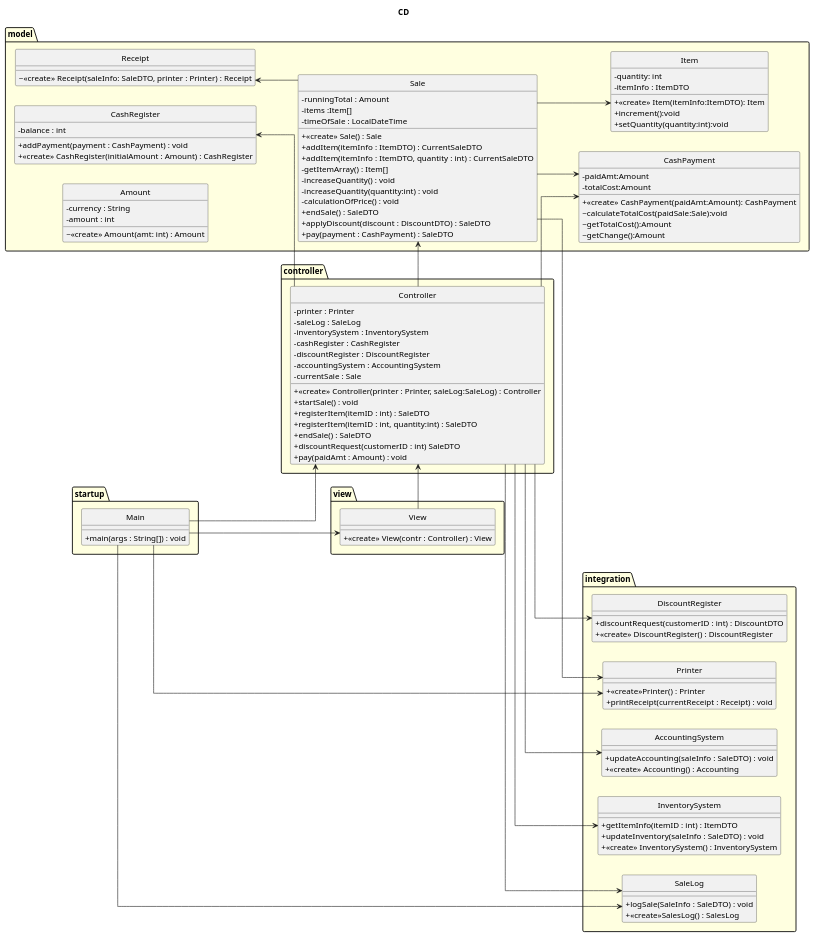
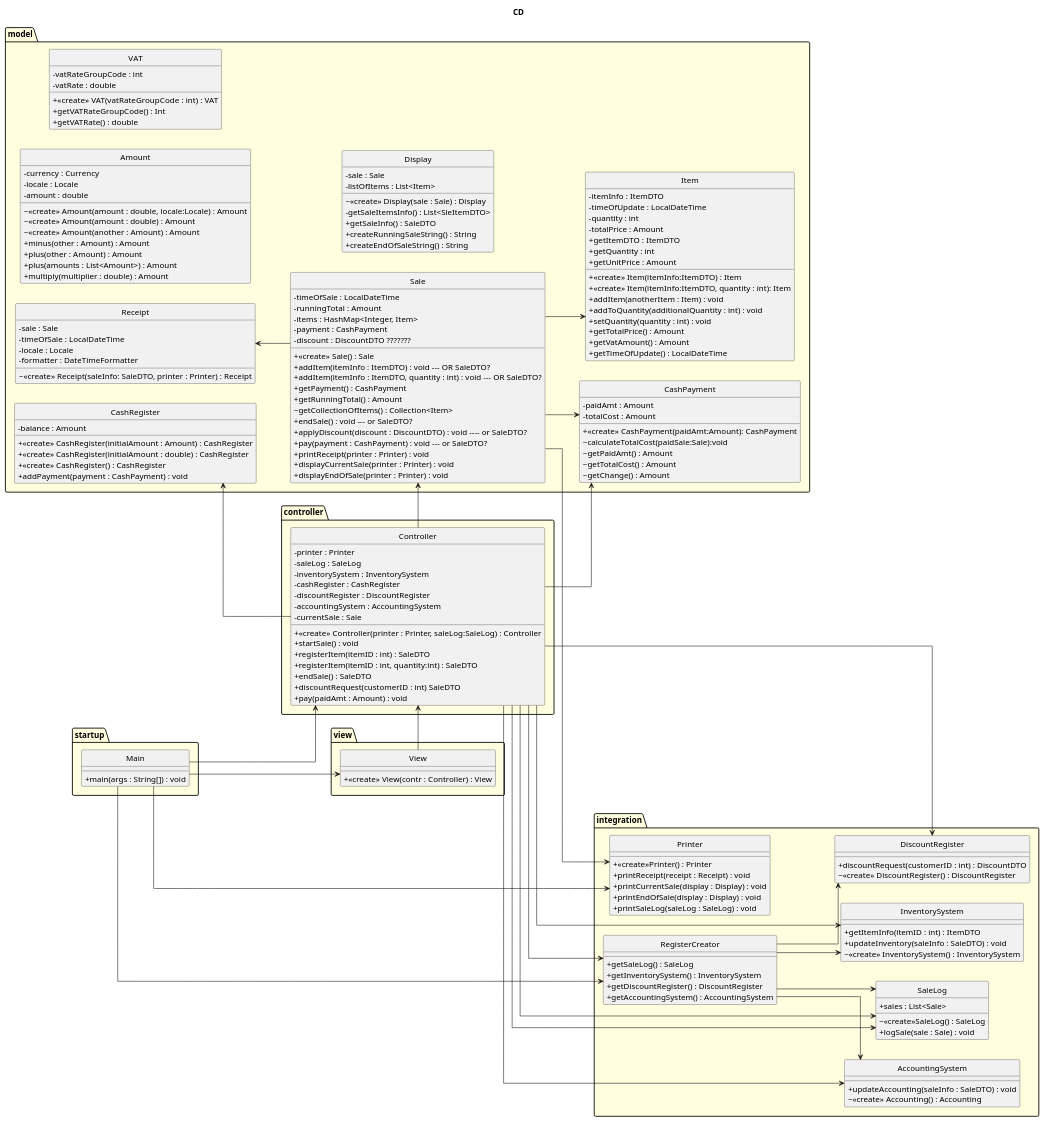
Before and after one commit to VincentFerrigan/kth-iv1350-object-oriented-design: the first of 8 diagrams in uml/uml_v3.puml, drawn with PlantUML.

Commit message:
Updated CD and DTO based on code.

```diff
--- a/uml/uml_v3.puml
+++ b/uml/uml_v3.puml
@@ -1,130 +1,193 @@
 @startuml
 'https://plantuml.com/class-diagram
 title CD
 hide circle
 skinparam linetype ortho
 skinparam package {
     BackgroundColor LightYellow
 }
 'top to bottom direction
 left to right direction
 skinparam ClassAttributeIconSize 0
 together {
 package startup {
     class Main{
         +main(args : String[]) : void
     }
 }
     package view {
     class View {
         + <<create>> View(contr : Controller) : View
     }
     }
     package controller {
         class Controller{
             - printer : Printer
             - saleLog : SaleLog
             - inventorySystem : InventorySystem
             - cashRegister : CashRegister
             - discountRegister : DiscountRegister
             - accountingSystem : AccountingSystem
             - currentSale : Sale
             +<<create>> Controller(printer : Printer, saleLog:SaleLog) : Controller
             +startSale() : void
             +registerItem(itemID : int) : SaleDTO
             +registerItem(itemID : int, quantity:int) : SaleDTO
             +endSale() : SaleDTO
             +discountRequest(customerID : int) SaleDTO
             +pay(paidAmt : Amount) : void
         }
     }
     package model {
         class Sale{
+            - timeOfSale : LocalDateTime
             - runningTotal : Amount
+            - items : HashMap<Integer, Item>
+            - payment : CashPayment
+            - discount : DiscountDTO ???????
 '            - itemName : String
 '            - quantity : int
-            - items :Item[]
-            - timeOfSale : LocalDateTime
             + <<create>> Sale() : Sale
-            + addItem(itemInfo : ItemDTO) : CurrentSaleDTO
-            + addItem(itemInfo : ItemDTO, quantity : int) : CurrentSaleDTO
-            - getItemArray() : Item[]
-            - increaseQuantity() : void
-            - increaseQuantity(quantity:int) : void
-'            - calculationOfPrice() : Amount
-            - calculationOfPrice() : void
-            + endSale() : SaleDTO
-            + applyDiscount(discount : DiscountDTO) : SaleDTO
-            + pay(payment : CashPayment) : SaleDTO
+            + addItem(itemInfo : ItemDTO) : void --- OR SaleDTO?
+            + addItem(itemInfo : ItemDTO, quantity : int) : void --- OR SaleDTO?
+            + getPayment() : CashPayment
+            + getRunningTotal() : Amount
+            ~ getCollectionOfItems() : Collection<Item>
+            + endSale() : void --- or SaleDTO?
+            + applyDiscount(discount : DiscountDTO) : void ---- or SaleDTO?
+            + pay(payment : CashPayment) : void --- or SaleDTO?
+            + printReceipt(printer : Printer) : void
+            + displayCurrentSale(printer : Printer) : void
+            + displayEndOfSale(printer : Printer) : void
         }
         class Item{
-            - quantity: int
             - itemInfo : ItemDTO
-            + <<create>> Item(itemInfo:ItemDTO): Item
-            + increment():void
-            + setQuantity(quantity:int):void
+            - timeOfUpdate : LocalDateTime
+            - quantity : int
+            - totalPrice : Amount
+            + <<create>> Item(itemInfo:ItemDTO) : Item
+            + <<create>> Item(itemInfo:ItemDTO, quantity : int): Item
+            + addItem(anotherItem : Item) : void
+            + addToQuantity(additionalQuantity : int) : void
+            + setQuantity(quantity : int) : void
+            + getTotalPrice() : Amount
+            + getVatAmount() : Amount
+            + getTimeOfUpdate() : LocalDateTime
+            + getItemDTO : ItemDTO
+            + getQuantity : int
+            + getUnitPrice : Amount
+'            + increment():void
+'            + decrement():void
             }
         class CashPayment{
-            - paidAmt:Amount
-            - totalCost:Amount
+            - paidAmt : Amount
+            - totalCost : Amount
             + <<create>> CashPayment(paidAmt:Amount): CashPayment
             ~ calculateTotalCost(paidSale:Sale):void
-            ~ getTotalCost():Amount
-            ~ getChange():Amount
+            ~ getPaidAmt() : Amount
+            ~ getTotalCost() : Amount
+            ~ getChange() : Amount
             }
         class CashRegister{
-            - balance : int
+            - balance : Amount
+            + <<create>> CashRegister(initialAmount : Amount) : CashRegister
+            + <<create>> CashRegister(initialAmount : double) : CashRegister
+            + <<create>> CashRegister() : CashRegister
             + addPayment(payment : CashPayment) : void
-            + <<create>> CashRegister(initialAmount : Amount) : CashRegister
         }
         class Receipt{
+            - sale : Sale
+            - timeOfSale : LocalDateTime
+            - locale : Locale
+            - formatter : DateTimeFormatter
             ~ <<create>> Receipt(saleInfo: SaleDTO, printer : Printer) : Receipt
+
         }
         class Amount{
-            - currency : String
-            - amount : int
-            ~ <<create>> Amount(amt: int) : Amount
+            - currency : Currency
+            - locale : Locale
+            - amount : double
+            ~ <<create>> Amount(amount : double, locale:Locale) : Amount
+            ~ <<create>> Amount(amount : double) : Amount
+            ~ <<create>> Amount(another : Amount) : Amount
+            + minus(other : Amount) : Amount
+            + plus(other : Amount) : Amount
+            + plus(amounts : List<Amount>) : Amount
+            + multiply(multiplier : double) : Amount
+        }
+        class VAT{
+            - vatRateGroupCode : int
+            - vatRate : double
+            + <<create>> VAT(vatRateGroupCode : int) : VAT
+            + getVATRateGroupCode() : Int
+            + getVATRate() : double
+        }
+        class Display {
+            - sale : Sale
+            - listOfItems : List<Item>
+            ~ <<create>> Display(sale : Sale) : Display
+            - getSaleItemsInfo() : List<SleItemDTO>
+            + getSaleInfo() : SaleDTO
+            + createRunningSaleString() : String
+            + createEndOfSaleString() : String
+'           Ska getSaleInfo vara private eller packageprivate? Hur ska den användas externt?
         }
     }
 }
     package integration {
+        class RegisterCreator{
+            + getSaleLog() : SaleLog
+            + getInventorySystem() : InventorySystem
+            + getDiscountRegister() : DiscountRegister
+            + getAccountingSystem() : AccountingSystem
+        }
         class DiscountRegister{
             +discountRequest(customerID : int) : DiscountDTO
-            +<<create>> DiscountRegister() : DiscountRegister
+            ~<<create>> DiscountRegister() : DiscountRegister
         }
         class InventorySystem{
 '            +registerItem(itemID : int) : ItemDTO TODO ersättes av getItemInfo. Stämm av med gruppen/VF
             +getItemInfo(itemID : int) : ItemDTO
             +updateInventory(saleInfo : SaleDTO) : void
-            +<<create>> InventorySystem() : InventorySystem
+            ~<<create>> InventorySystem() : InventorySystem
         }
         class SaleLog{
-            +logSale(SaleInfo : SaleDTO) : void
-            +<<create>>SalesLog() : SalesLog
+            + sales : List<Sale>
+            ~<<create>>SaleLog() : SaleLog
+            + logSale(sale : Sale) : void
         }
         class AccountingSystem{
             + updateAccounting(saleInfo : SaleDTO) : void
-            + <<create>> Accounting() : Accounting
+            ~ <<create>> Accounting() : Accounting
         }
         class Printer{
-            +<<create>>Printer() : Printer
-            +printReceipt(currentReceipt : Receipt) : void
+            + <<create>>Printer() : Printer
+            + printReceipt(receipt : Receipt) : void
+            + printCurrentSale(display : Display) : void
+            + printEndOfSale(display : Display) : void
+            + printSaleLog(saleLog : SaleLog) : void
         }
     }
 Main --> View
 Main -left-> Controller
-Main --> Printer
-Main --> SaleLog
+Main ---> Printer
+Main ---> RegisterCreator
 Controller -up-> CashRegister
-Controller -right-> DiscountRegister
-Controller -right-> AccountingSystem
-Controller -right-> InventorySystem
+Controller --> SaleLog
+Controller --> DiscountRegister
+Controller --> AccountingSystem
+Controller --> InventorySystem
+Controller --> RegisterCreator
+RegisterCreator --> DiscountRegister
+RegisterCreator --> AccountingSystem
+RegisterCreator --> InventorySystem
+RegisterCreator --> SaleLog
 View -right-> Controller
 Controller --> Sale
 Controller --> CashPayment
 Sale --> CashPayment
 Controller --> SaleLog
 Receipt <-- Sale
 Sale --> Printer
 Sale --> Item
 @enduml
```
